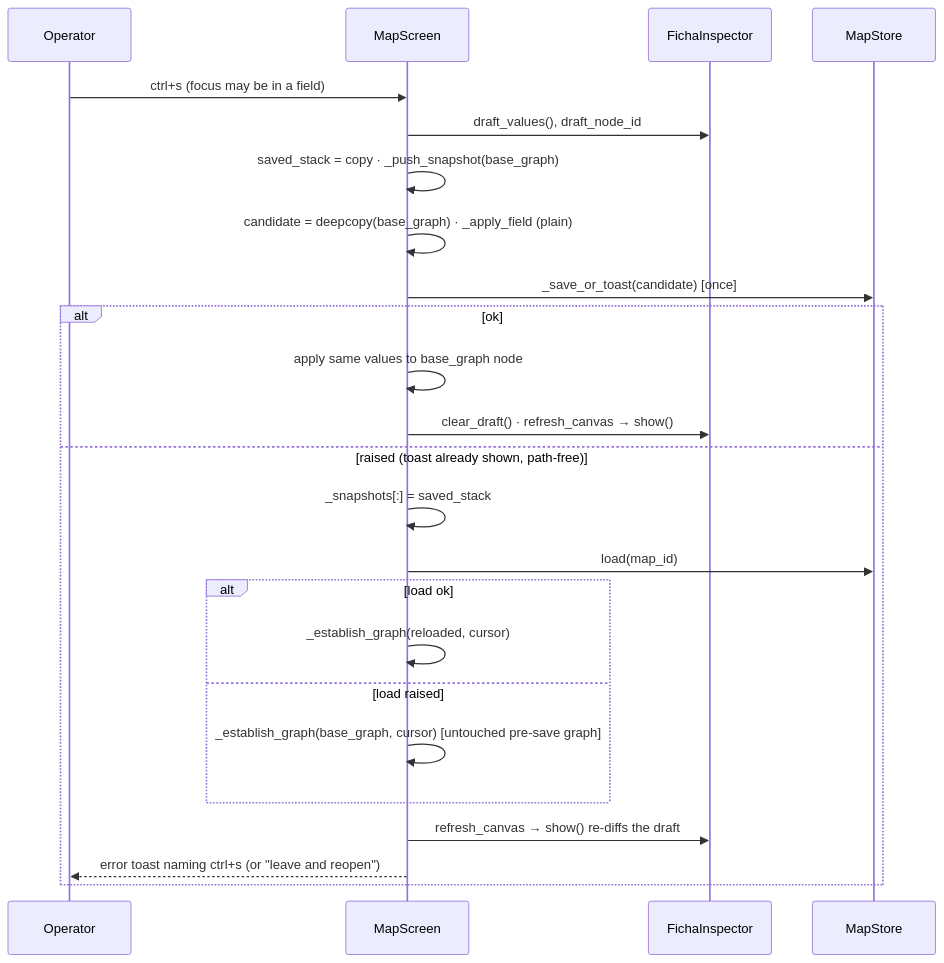
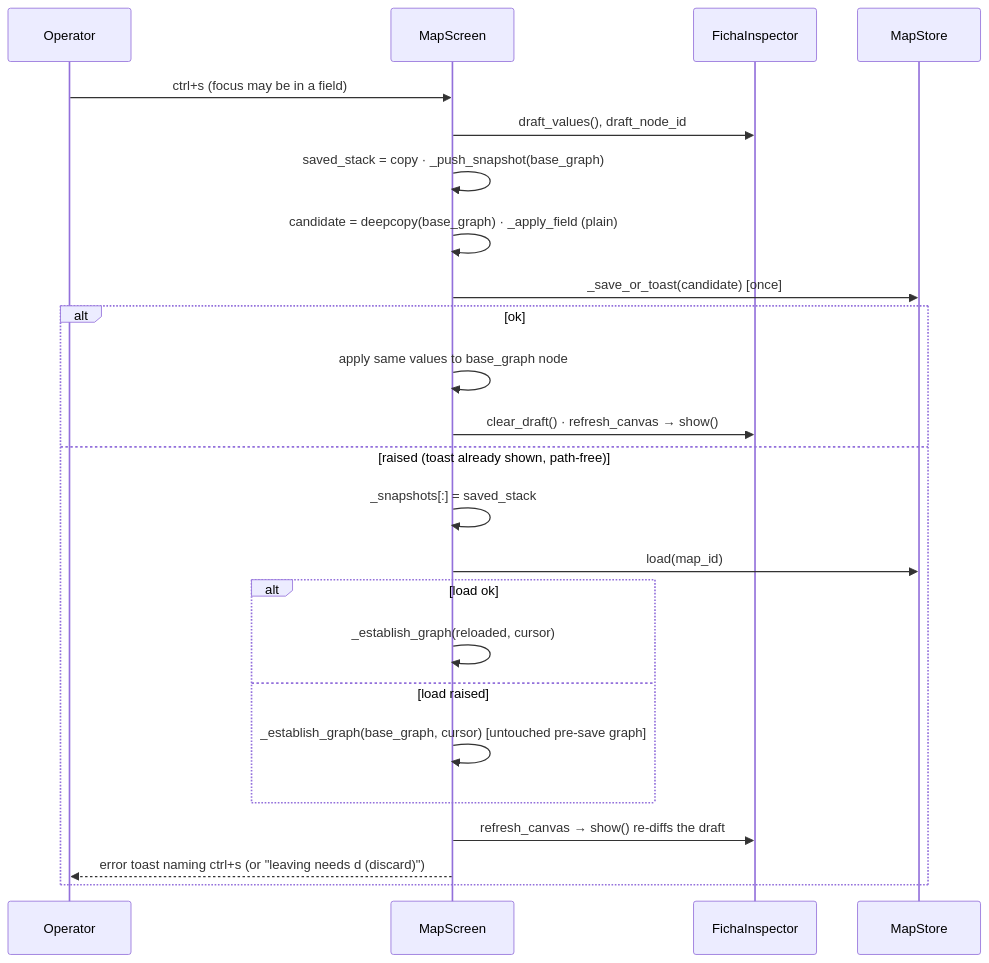
Before and after one commit to jav201/mapper: the second of 2 diagrams in .dev-flow/2026-10-08-data-safety-batch/design/design-proposal.md, drawn with Mermaid. The commit also changed other lines of this file and 6 other files, not shown here.

Commit message:
docs(dev-flow): DDR sealed with D1-D5 discharged; packet increment-006; ledger .66-.68

````diff
--- a/.dev-flow/2026-10-08-data-safety-batch/design/design-proposal.md
+++ b/.dev-flow/2026-10-08-data-safety-batch/design/design-proposal.md
@@ -181,26 +181,26 @@
 ```mermaid
 sequenceDiagram
     participant Op as Operator
     participant MS as MapScreen
     participant FI as FichaInspector
     participant St as MapStore
     Op->>MS: ctrl+s (focus may be in a field)
     MS->>FI: draft_values(), draft_node_id
     MS->>MS: saved_stack = copy · _push_snapshot(base_graph)
     MS->>MS: candidate = deepcopy(base_graph) · _apply_field (plain)
     MS->>St: _save_or_toast(candidate)  [once]
     alt ok
         MS->>MS: apply same values to base_graph node
         MS->>FI: clear_draft() · refresh_canvas → show()
     else raised (toast already shown, path-free)
         MS->>MS: _snapshots[:] = saved_stack
         MS->>St: load(map_id)
         alt load ok
             MS->>MS: _establish_graph(reloaded, cursor)
         else load raised
             MS->>MS: _establish_graph(base_graph, cursor)  [untouched pre-save graph]
         end
         MS->>FI: refresh_canvas → show() re-diffs the draft
-        MS-->>Op: error toast naming ctrl+s (or "leave and reopen")
+        MS-->>Op: error toast naming ctrl+s (or "leaving needs d (discard)")
     end
 ```
````
